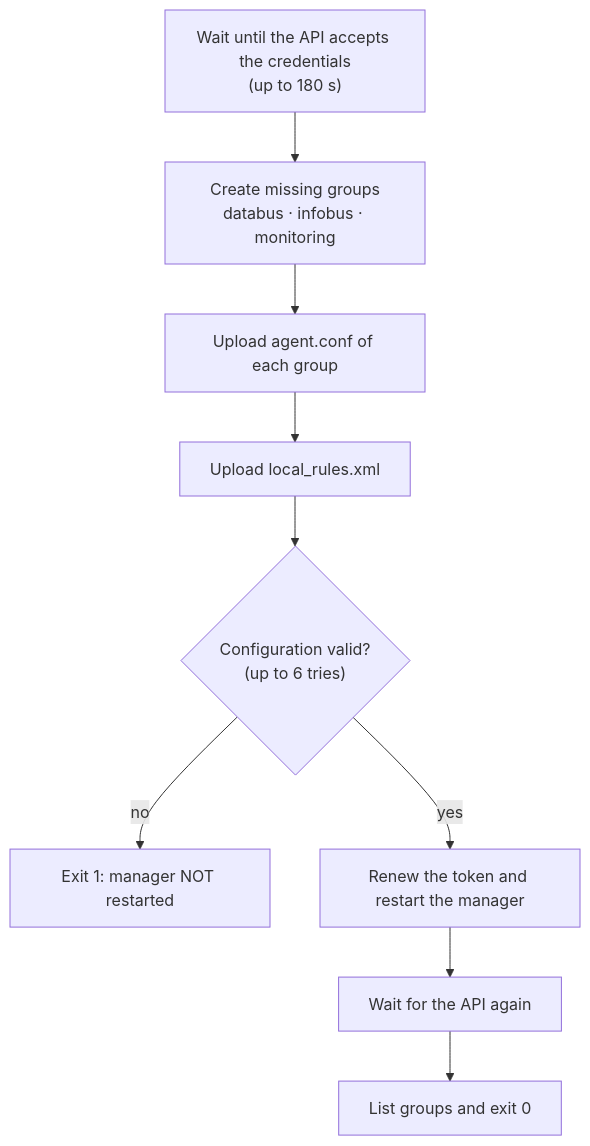
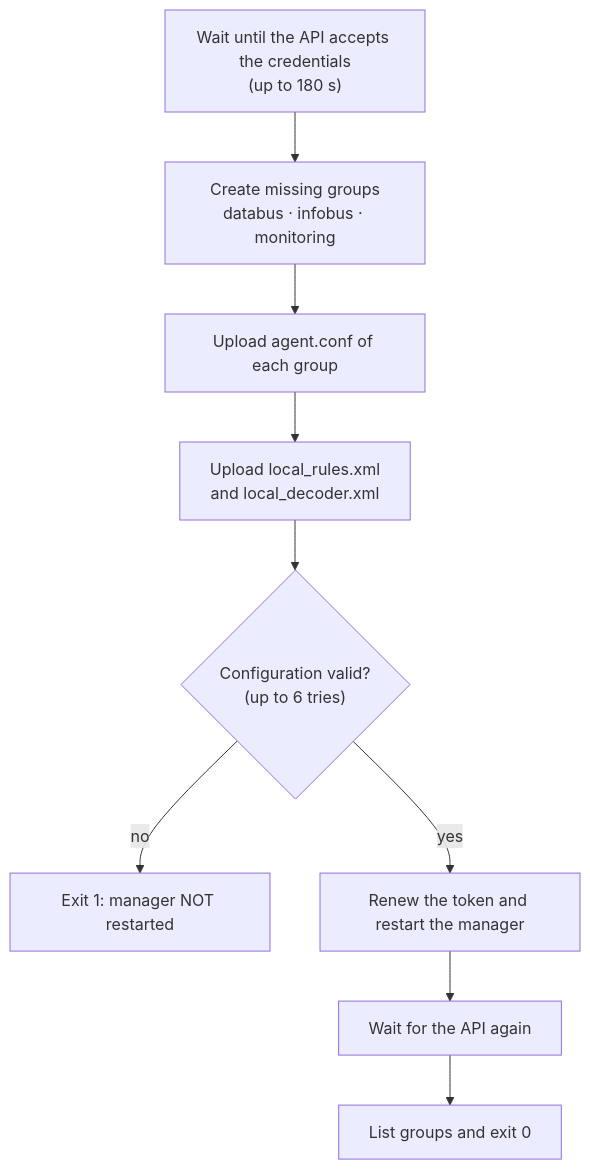
The diagram in docs/README-wazuh-manager-conf.md (rsol9000-01/wazuh), drawn with Mermaid before and after one commit. The commit also changed other lines of this file and 9 other files, not shown here.

````diff
--- a/docs/README-wazuh-manager-conf.md
+++ b/docs/README-wazuh-manager-conf.md
@@ -22,11 +22,11 @@
 ```mermaid
 flowchart TD
   A["Wait until the API accepts the credentials<br/>(up to 180 s)"] --> B["Create missing groups<br/>databus · infobus · monitoring"]
   B --> C["Upload agent.conf of each group"]
-  C --> D["Upload local_rules.xml"]
+  C --> D["Upload local_rules.xml<br/>and local_decoder.xml"]
   D --> E{"Configuration valid?<br/>(up to 6 tries)"}
   E -- no --> X["Exit 1: manager NOT restarted"]
   E -- yes --> F["Renew the token and restart the manager"]
   F --> G["Wait for the API again"]
   G --> H["List groups and exit 0"]
 ```
````
